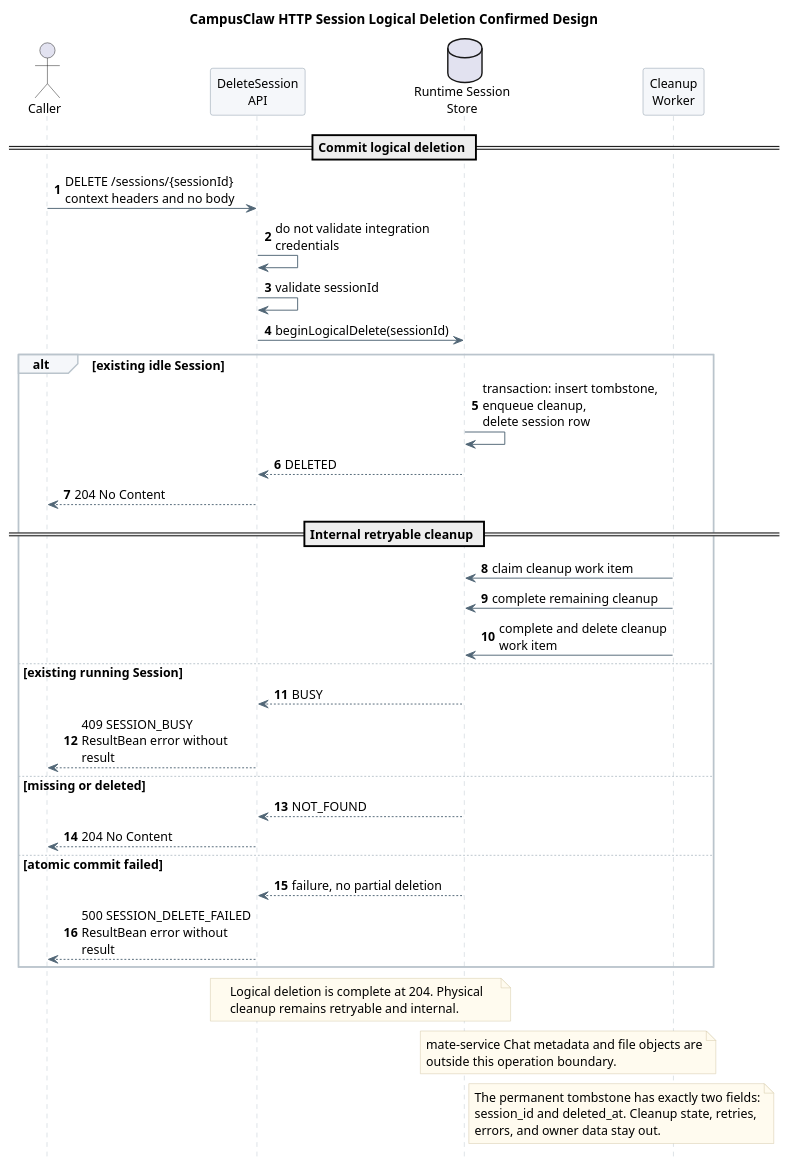
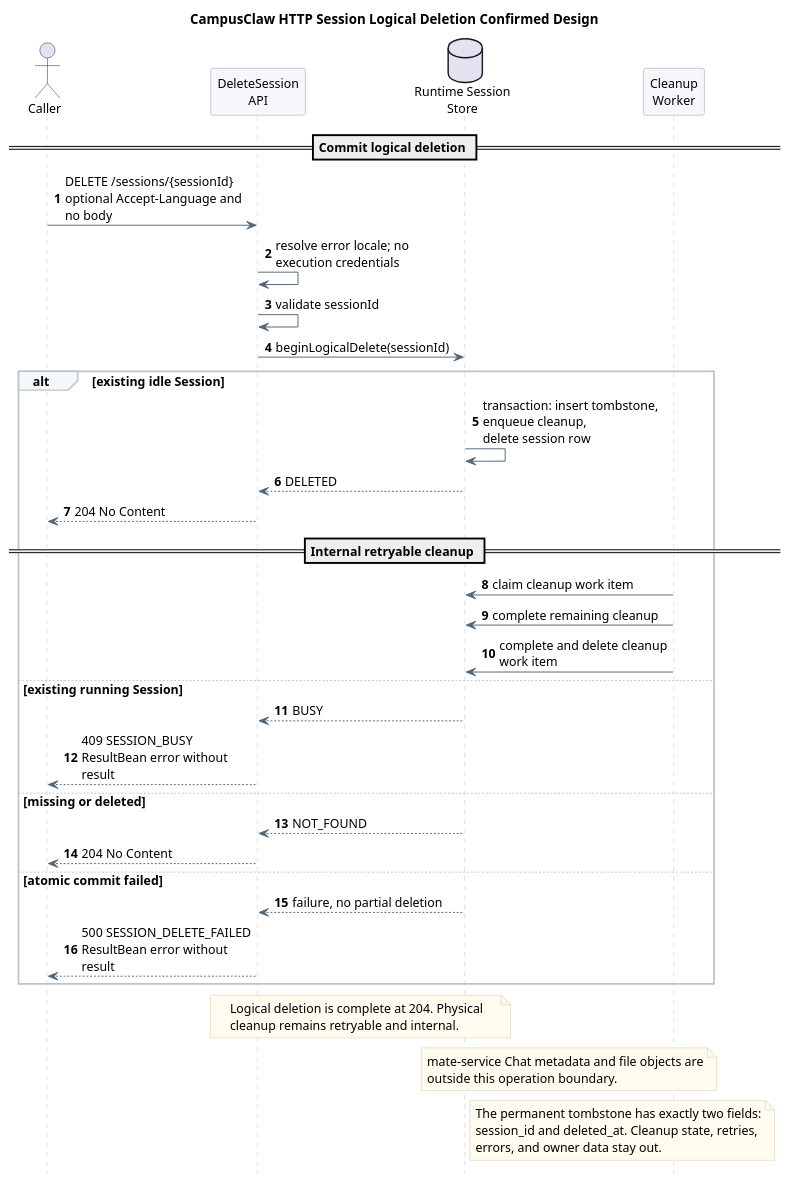
One commit to ssm0808/pi-mono-java-design changed the third of 3 diagrams in 01-总体架构/01-CampusClaw多Agent运行时/设计图/会话生命周期/diagram.puml. Above: the diagram before and after it, drawn with PlantUML. The commit also changed 30 other files, not shown here.

```diff
--- a/01-总体架构/01-CampusClaw多Agent运行时/设计图/会话生命周期/diagram.puml
+++ b/01-总体架构/01-CampusClaw多Agent运行时/设计图/会话生命周期/diagram.puml
@@ -197,86 +197,86 @@
 @startuml http_delete_session
 skinparam backgroundColor white
 skinparam defaultFontName SansSerif
 skinparam defaultFontSize 13
 skinparam shadowing false
 skinparam sequenceMessageAlign left
 skinparam maxMessageSize 190
 skinparam sequenceArrowColor #526777
 skinparam sequenceLifeLineBorderColor #BAC4CC
 skinparam sequenceParticipantBackgroundColor #F5F7FA
 skinparam sequenceParticipantBorderColor #8496A4
 skinparam sequenceGroupBackgroundColor #F5F7FA
 skinparam sequenceGroupBorderColor #BAC4CC
 skinparam noteBackgroundColor #FFFBEF
 skinparam noteBorderColor #D2C6A5
 hide footbox
 autonumber
 title CampusClaw HTTP Session Logical Deletion Confirmed Design
 
 ' Source evidence (pi-mono 5cd93f688aaab89dbb6dfa4aca535f21796ae185):
 ' packages/coding-agent/src/core/agent-session.ts, AgentSession.dispose, lines 789-805
 ' packages/coding-agent/src/modes/interactive/components/session-selector.ts,
 ' deleteSessionFile, lines 598-630
 ' Source evidence (pi-mono-java PR 167 f60cc3e78bb8b700527ac082c7c8e10524ede095):
 ' modules/coding-agent-cli/src/main/java/com/campusclaw/codingagent/runtimeapi/session/RuntimeSessionService.java, delete.
 ' modules/coding-agent-cli/src/main/java/com/campusclaw/codingagent/runtimeapi/persistence/MyBatisRuntimeSessionRepository.java, beginDeletion.
 ' modules/coding-agent-cli/src/main/java/com/campusclaw/codingagent/runtimeapi/session/SessionCleanupWorker.java.
 ' Source evidence (pi-mono-java PR 167 f60cc3e78bb8b700527ac082c7c8e10524ede095):
 ' modules/coding-agent-cli/src/main/java/com/campusclaw/codingagent/runtimeapi/web/RuntimeSessionController.java, delete.
 ' Observed behavior: the current Java delete path still names the variable session_id.
 ' Observed behavior: pi dispose stops active work and releases runtime resources, while
 ' interactive deletion removes the local JSONL file.
 ' Observed behavior: the implemented repository returns BUSY for a running session and does not abort it.
 ' Observed behavior: tombstone insertion, cleanup task insertion, and session deletion commit atomically.
 ' Architecture change: logical deletion and a durable cleanup work item replace local JSONL deletion.
 ' Architecture change: the target HTTP path variable is sessionId; database column names remain snake_case.
-' Product constraint: DELETE may carry optional integration-context headers without local validation.
+' Product constraint: DELETE declares optional Accept-Language, not execution credentials.
 ' Design reason: the API becomes idempotent immediately without exposing cleanup-job state.
 
 
 actor Caller
 participant "DeleteSession\nAPI" as API
 database "Runtime Session\nStore" as Store
 participant "Cleanup\nWorker" as Worker
 
 == Commit logical deletion ==
-Caller -> API : DELETE /sessions/{sessionId}\ncontext headers and no body
-API -> API : do not validate integration credentials
+Caller -> API : DELETE /sessions/{sessionId}\noptional Accept-Language and no body
+API -> API : resolve error locale; no execution credentials
 API -> API : validate sessionId
 API -> Store : beginLogicalDelete(sessionId)
 
 alt existing idle Session
   Store -> Store : transaction: insert tombstone, enqueue cleanup,\ndelete session row
   Store --> API : DELETED
   API --> Caller : 204 No Content
   == Internal retryable cleanup ==
   Worker -> Store : claim cleanup work item
   Worker -> Store : complete remaining cleanup
   Worker -> Store : complete and delete cleanup work item
 else existing running Session
   Store --> API : BUSY
   API --> Caller : 409 SESSION_BUSY\nResultBean error without result
 else missing or deleted
   Store --> API : NOT_FOUND
   API --> Caller : 204 No Content
 else atomic commit failed
   Store --> API : failure, no partial deletion
   API --> Caller : 500 SESSION_DELETE_FAILED\nResultBean error without result
 end
 
 note over API,Store
   Logical deletion is complete at 204. Physical
   cleanup remains retryable and internal.
 end note
 
 note over Store,Worker
   mate-service Chat metadata and file objects are
   outside this operation boundary.
 end note
 
 note right of Store
   The permanent tombstone has exactly two fields:
   session_id and deleted_at. Cleanup state, retries,
   errors, and owner data stay out.
 end note
 @enduml
```
